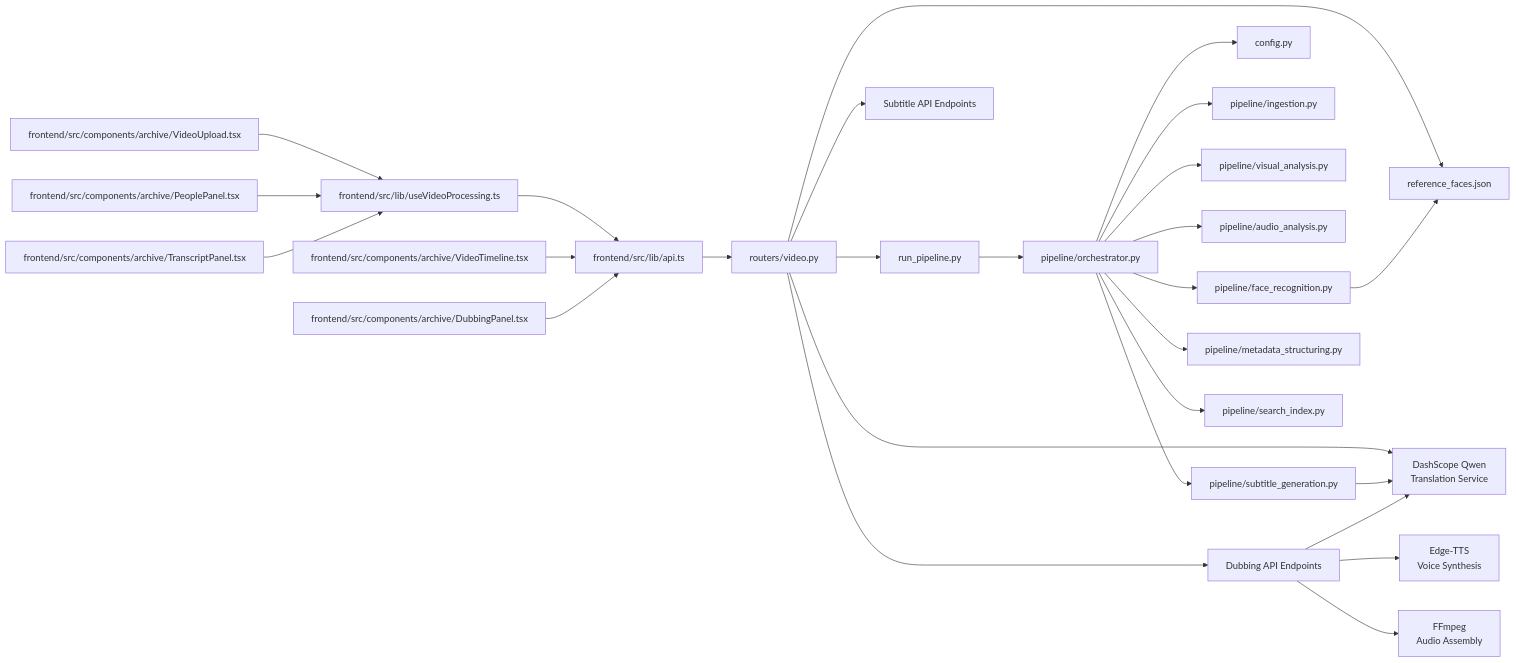
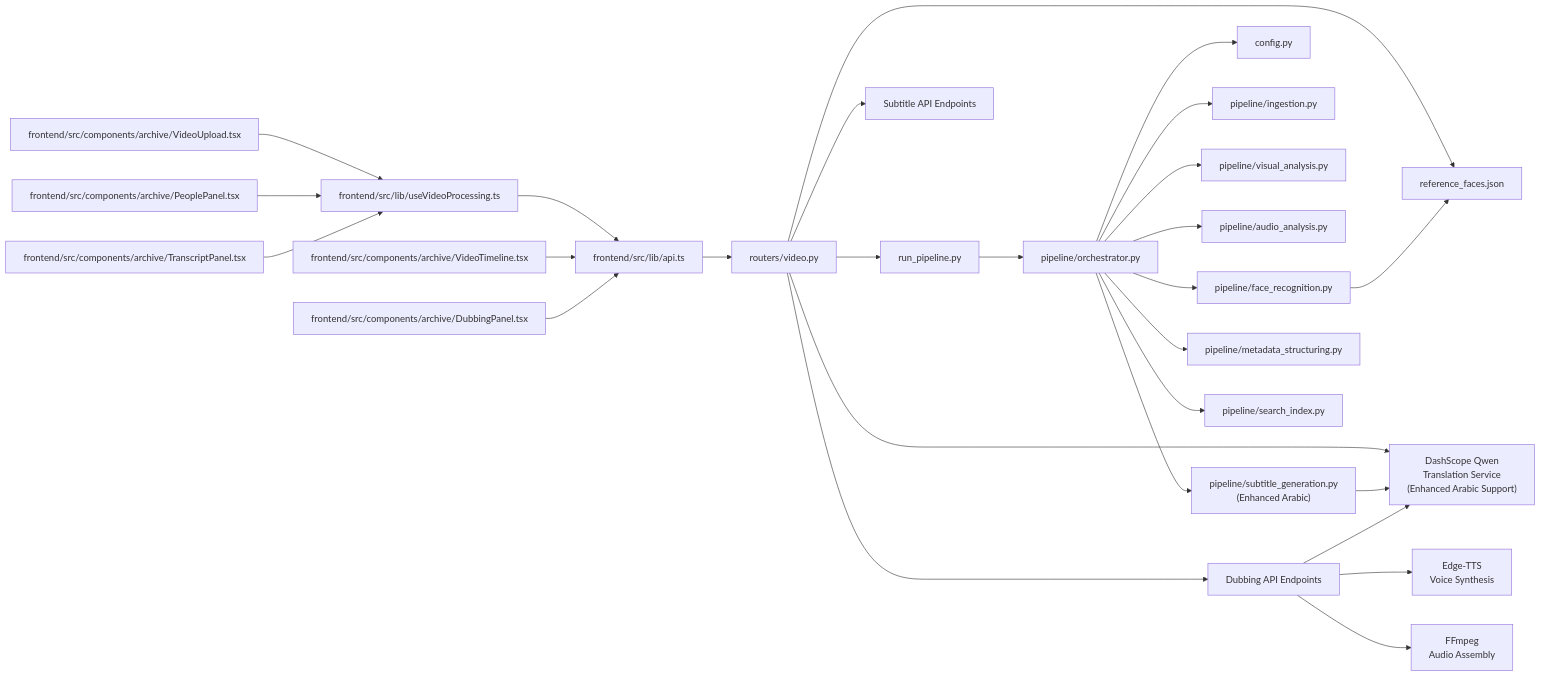
The third of 3 diagrams in .qoder/repowiki/en/content/Backend API Reference/Video Processing Endpoints.md (alexandreybasta-cyber/dubai-media-ai), drawn with Mermaid before and after one commit. The commit also changed other lines of this file and 8 other files, not shown here.

````diff
--- a/.qoder/repowiki/en/content/Backend API Reference/Video Processing Endpoints.md
+++ b/.qoder/repowiki/en/content/Backend API Reference/Video Processing Endpoints.md
@@ -1195,29 +1197,29 @@
 ```mermaid
 graph LR
 Router["routers/video.py"] --> Runner["run_pipeline.py"]
 Router --> RefDB["reference_faces.json"]
-Router --> DashScope["DashScope Qwen<br/>Translation Service"]
+Router --> DashScope["DashScope Qwen<br/>Translation Service<br/>(Enhanced Arabic Support)"]
 Router --> DubbingAPI["Dubbing API Endpoints"]
 Router --> SubtitleAPI["Subtitle API Endpoints"]
 Runner --> Orchestrator["pipeline/orchestrator.py"]
 Orchestrator --> Config["config.py"]
 Orchestrator --> Ingestion["pipeline/ingestion.py"]
 Orchestrator --> Visual["pipeline/visual_analysis.py"]
 Orchestrator --> Audio["pipeline/audio_analysis.py"]
 Orchestrator --> Face["pipeline/face_recognition.py"]
 Orchestrator --> Metadata["pipeline/metadata_structuring.py"]
 Orchestrator --> SearchIndex["pipeline/search_index.py"]
-Orchestrator --> SubtitleGen["pipeline/subtitle_generation.py"]
+Orchestrator --> SubtitleGen["pipeline/subtitle_generation.py<br/>(Enhanced Arabic)"]
 Face --> RefDB
 SubtitleGen --> DashScope
 DubbingAPI --> DashScope
 DubbingAPI --> EdgeTTS["Edge-TTS<br/>Voice Synthesis"]
 DubbingAPI --> FFmpeg["FFmpeg<br/>Audio Assembly"]
 FrontendAPI["frontend/src/lib/api.ts"] --> Router
 FrontendHook["frontend/src/lib/useVideoProcessing.ts"] --> FrontendAPI
 FrontendUpload["frontend/src/components/archive/VideoUpload.tsx"] --> FrontendHook
 FrontendPeople["frontend/src/components/archive/PeoplePanel.tsx"] --> FrontendHook
 FrontendTranscript["frontend/src/components/archive/TranscriptPanel.tsx"] --> FrontendHook
 FrontendTimeline["frontend/src/components/archive/VideoTimeline.tsx"] --> FrontendAPI
 FrontendDubbing["frontend/src/components/archive/DubbingPanel.tsx"] --> FrontendAPI
 ```
````
